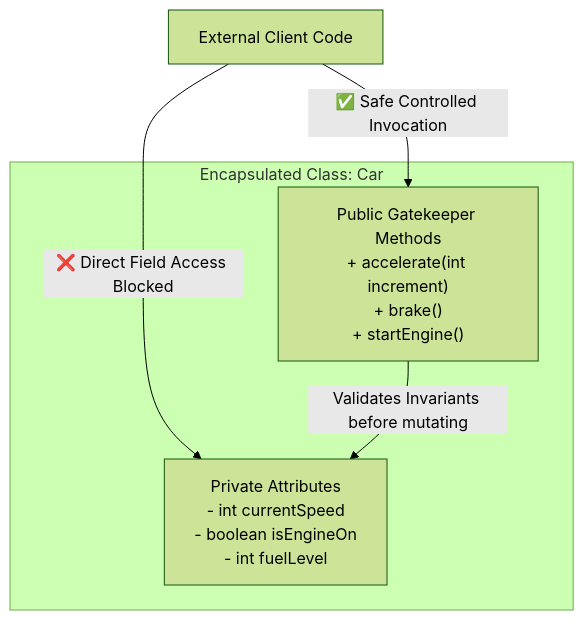
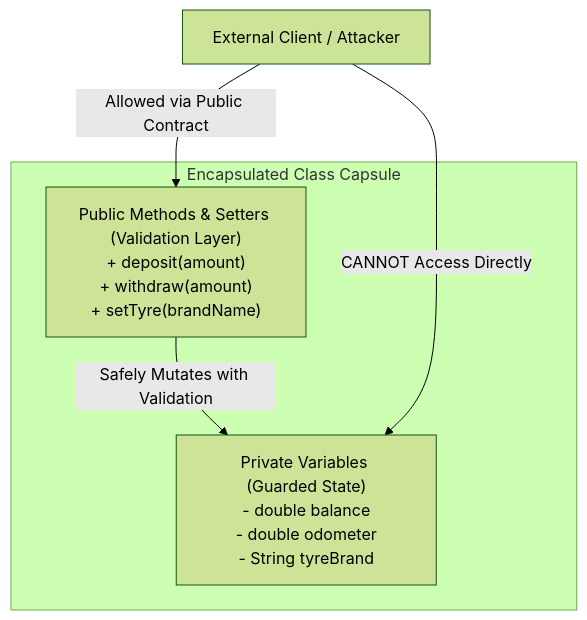
One commit to rohithgowda18/Notes changed the second of 2 diagrams in 04-OOPs-and-Design-Patterns/01-Core-OOPs-and-UML/02-OOPs-Real-World-Examples-Abstraction-Encapsulation.md. Above: the diagram before and after it, drawn with Mermaid (forest theme). The commit also changed other lines of this file and 30 other files, not shown here.

````diff
--- a/04-OOPs-and-Design-Patterns/01-Core-OOPs-and-UML/02-OOPs-Real-World-Examples-Abstraction-Encapsulation.md
+++ b/04-OOPs-and-Design-Patterns/01-Core-OOPs-and-UML/02-OOPs-Real-World-Examples-Abstraction-Encapsulation.md
@@ -124,14 +189,10 @@
 ```mermaid
-flowchart TD
-    Client[External Client Code]
-    
-    subgraph EncapsulatedClass["Encapsulated Class: Car"]
-        PrivateFields["Private Attributes<br/>- int currentSpeed<br/>- boolean isEngineOn<br/>- int fuelLevel"]
-        
-        PublicGateways["Public Gatekeeper Methods<br/>+ accelerate(int increment)<br/>+ brake()<br/>+ startEngine()"]
+graph TD
+    subgraph "Encapsulated Class Capsule"
+        PrivateFields["Private Variables (Guarded State)<br/>- double balance<br/>- double odometer<br/>- String tyreBrand"]
+        PublicMethods["Public Methods & Setters (Validation Layer)<br/>+ deposit(amount)<br/>+ withdraw(amount)<br/>+ setTyre(brandName)"]
+        PublicMethods -->|Safely Mutates with Validation| PrivateFields
     end
-    
-    Client --❌ Direct Field Access Blocked--> PrivateFields
-    Client -->|✅ Safe Controlled Invocation| PublicGateways
-    PublicGateways -->|Validates Invariants before mutating| PrivateFields
+    ExternalCaller[External Client / Attacker] -->|CANNOT Access Directly| PrivateFields
+    ExternalCaller -->|Allowed via Public Contract| PublicMethods
 ```
````
